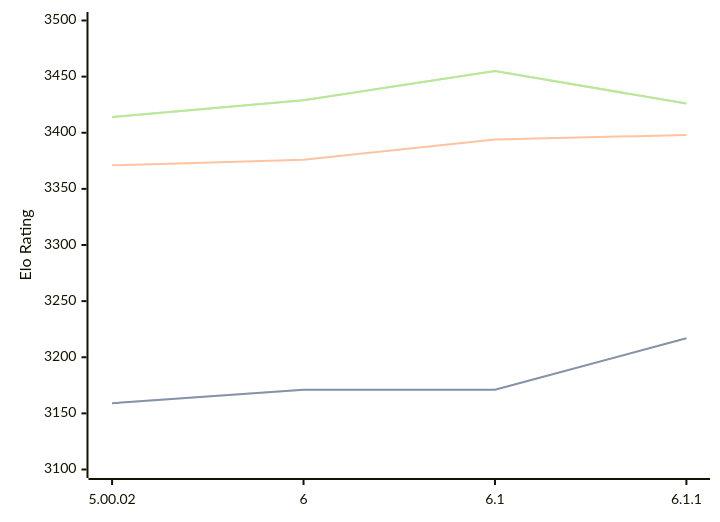
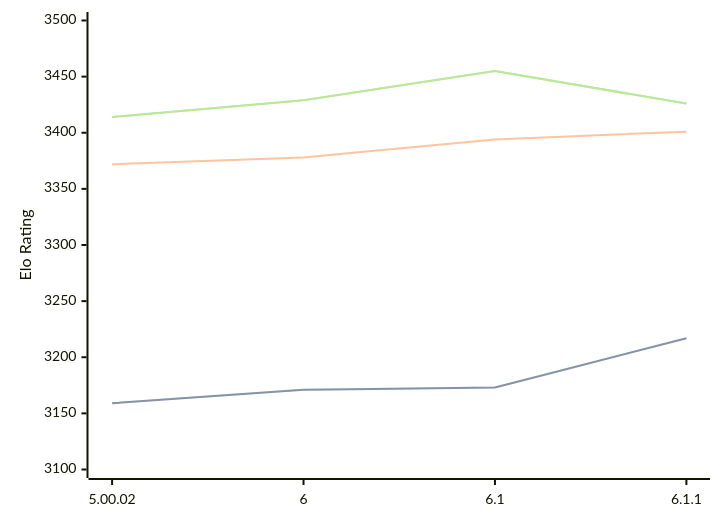
Before and after one commit to computer-chess-index/cci: the diagram in engines/Zangdar.md, drawn with Mermaid. The commit also changed other lines of this file, not shown here.

````diff
--- a/engines/Zangdar.md
+++ b/engines/Zangdar.md
@@ -46,11 +46,11 @@
 ```mermaid
 %%{init: {"theme":"base","themeVariables":{"seriesColors:['#a3a3a3','#222221','#faa371']}}}%%
 xychart-beta
   x-axis ["5.00.02", "6", "6.1", "6.1.1"]
   y-axis "Elo Rating" 3100 --> 3500
-  line "STC (8.0+0.08s)" [3159, 3171, 3171, 3217]
-  line "STC (8.0+0.08s)" [3159, 3171, 3171, 3217]
-  line "LTC (60.0+0.60s)" [3371, 3376, 3394, 3398]
+  line "STC (8.0+0.08s)" [3159, 3171, 3173, 3217]
+  line "STC (8.0+0.08s)" [3159, 3171, 3173, 3217]
+  line "LTC (60.0+0.60s)" [3372, 3378, 3394, 3401]
   line "VLTC (2m24s+1.12s)" [3414, 3429, 3455, 3426]
   line "VLTC (2m24s+1.12s)" [3414, 3429, 3455, 3426]
 ```
````
